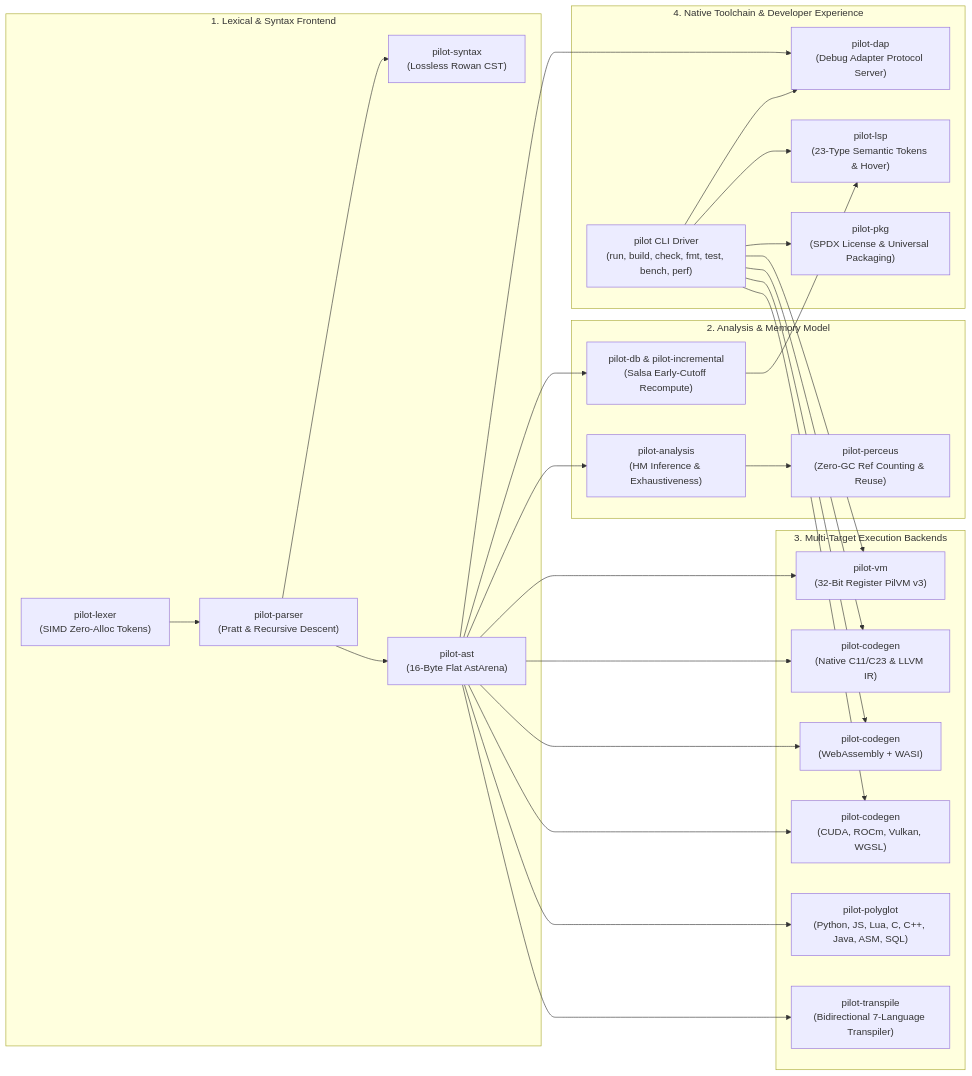
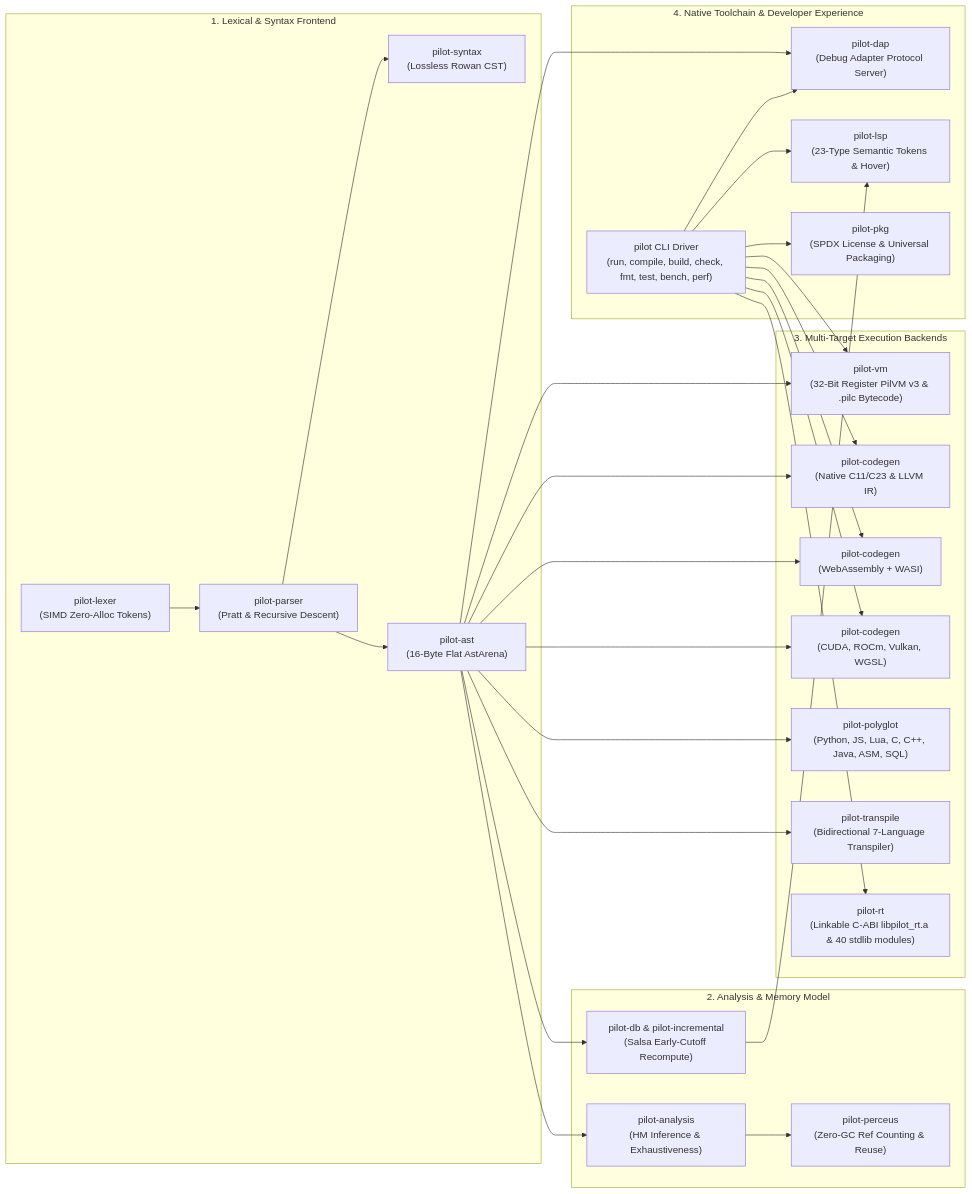
Before and after one commit to moonxbears/Pilot: the diagram in docs/index.md, drawn with Mermaid. The commit also changed other lines of this file and 19 other files, not shown here.

````diff
--- a/docs/index.md
+++ b/docs/index.md
@@ -54,39 +54,40 @@
 ```mermaid
 flowchart LR
     subgraph Frontend["1. Lexical & Syntax Frontend"]
         Lex["pilot-lexer\n(SIMD Zero-Alloc Tokens)"]
         Parse["pilot-parser\n(Pratt & Recursive Descent)"]
         CST["pilot-syntax\n(Lossless Rowan CST)"]
         AST["pilot-ast\n(16-Byte Flat AstArena)"]
         Lex --> Parse --> CST & AST
     end
 
     subgraph CoreRuntime["2. Analysis & Memory Model"]
         Analysis["pilot-analysis\n(HM Inference & Exhaustiveness)"]
         Perceus["pilot-perceus\n(Zero-GC Ref Counting & Reuse)"]
         DBQuery["pilot-db & pilot-incremental\n(Salsa Early-Cutoff Recompute)"]
         AST --> Analysis --> Perceus
         AST --> DBQuery
     end
 
     subgraph Backends["3. Multi-Target Execution Backends"]
-        VM["pilot-vm\n(32-Bit Register PilVM v3)"]
+        VM["pilot-vm\n(32-Bit Register PilVM v3 & .pilc Bytecode)"]
         AOT["pilot-codegen\n(Native C11/C23 & LLVM IR)"]
         WASM["pilot-codegen\n(WebAssembly + WASI)"]
         GPU["pilot-codegen\n(CUDA, ROCm, Vulkan, WGSL)"]
         Poly["pilot-polyglot\n(Python, JS, Lua, C, C++, Java, ASM, SQL)"]
         Transpile["pilot-transpile\n(Bidirectional 7-Language Transpiler)"]
+        RT["pilot-rt\n(Linkable C-ABI libpilot_rt.a & 40 stdlib modules)"]
     end
 
     subgraph Tooling["4. Native Toolchain & Developer Experience"]
-        CLI["pilot CLI Driver\n(run, build, check, fmt, test, bench, perf)"]
+        CLI["pilot CLI Driver\n(run, compile, build, check, fmt, test, bench, perf)"]
         DAP["pilot-dap\n(Debug Adapter Protocol Server)"]
         LSP["pilot-lsp\n(23-Type Semantic Tokens & Hover)"]
         Pkg["pilot-pkg\n(SPDX License & Universal Packaging)"]
     end
 
     AST --> VM & AOT & WASM & GPU & Poly & Transpile
     DBQuery --> LSP
     AST --> DAP
-    CLI --> VM & AOT & WASM & GPU & LSP & DAP & Pkg
+    CLI --> VM & AOT & WASM & GPU & LSP & DAP & Pkg & RT
 ```
````
